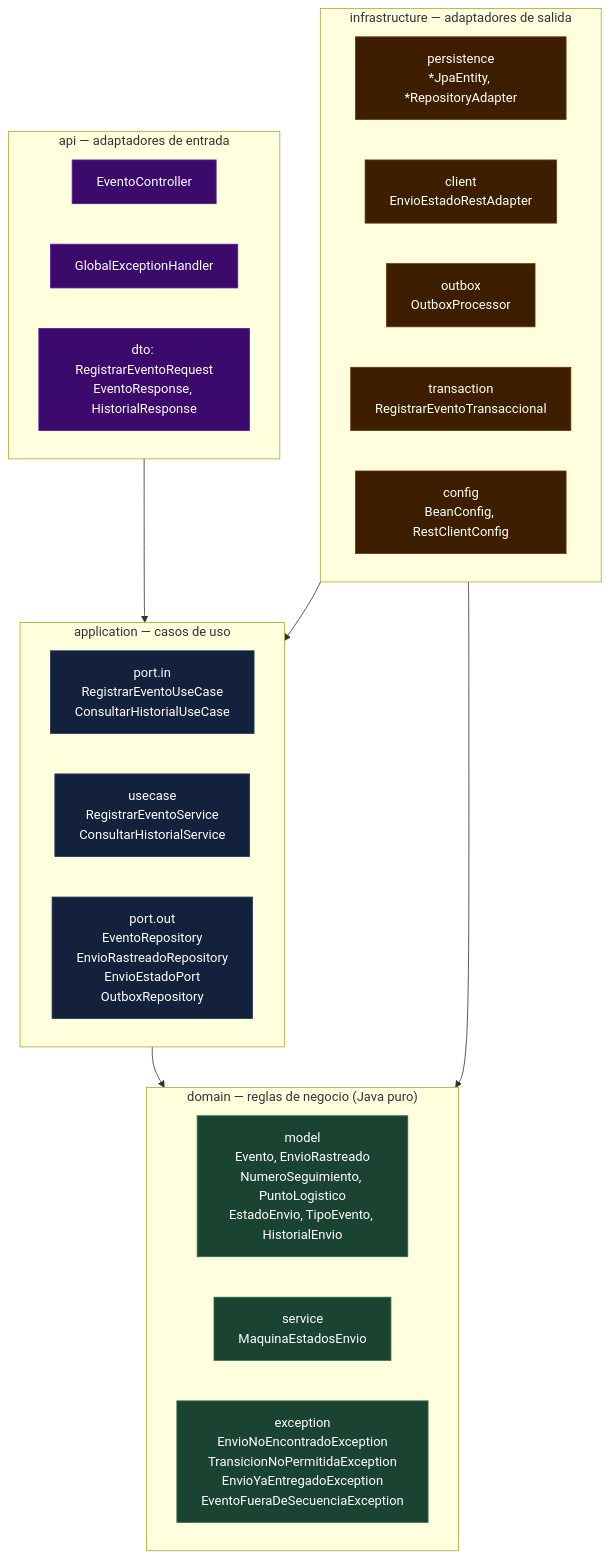
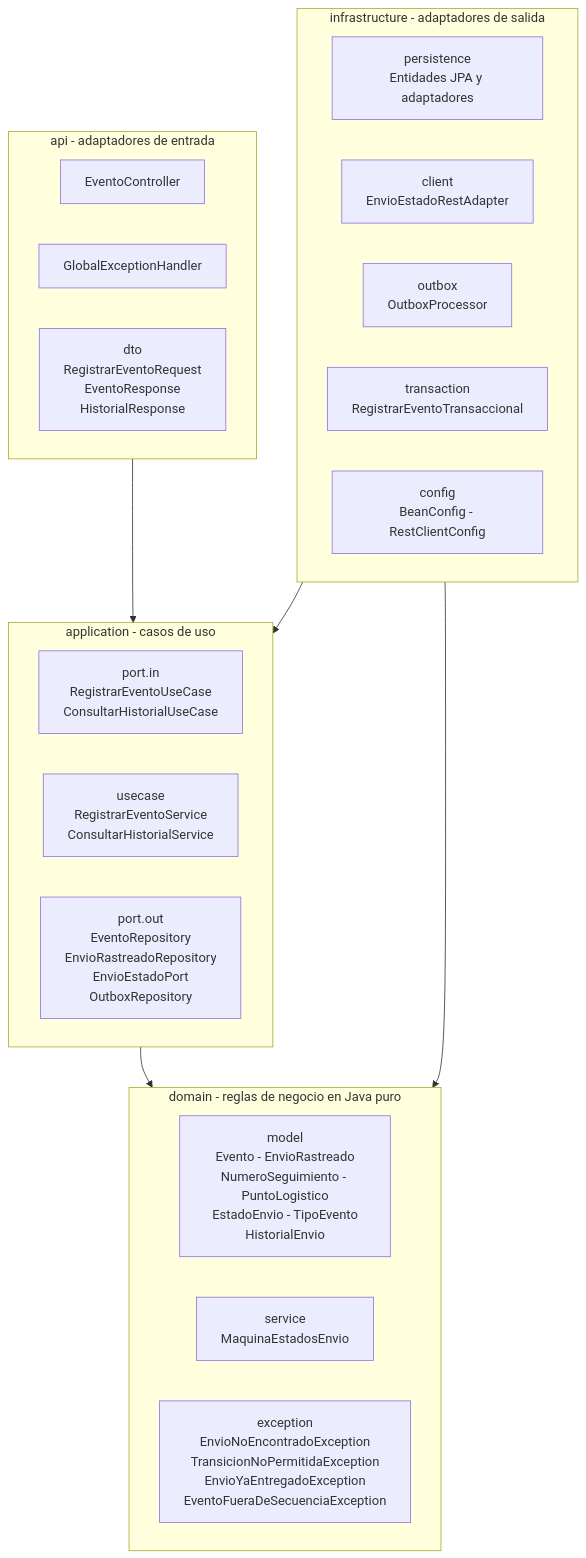
The first of 4 diagrams in docs/arquitectura/diagrama-paquetes-componentes.md (EynerCG/ms-eventos-HU-02), drawn with Mermaid before and after one commit. The commit also changed other lines of this file and 1 other file, not shown here.

First line of the commit message:
fix: corregir sintaxis Mermaid para que los diagramas rendericen en GitHub

````diff
--- a/docs/arquitectura/diagrama-paquetes-componentes.md
+++ b/docs/arquitectura/diagrama-paquetes-componentes.md
@@ -15,42 +15,33 @@
 ```mermaid
 graph TD
-    subgraph api["api — adaptadores de entrada"]
-        EC[EventoController]
-        GEH[GlobalExceptionHandler]
-        DTO[dto: RegistrarEventoRequest<br/>EventoResponse, HistorialResponse]
+    subgraph API["api - adaptadores de entrada"]
+        EC["EventoController"]
+        GEH["GlobalExceptionHandler"]
+        DTO["dto<br/>RegistrarEventoRequest<br/>EventoResponse<br/>HistorialResponse"]
     end
 
-    subgraph application["application — casos de uso"]
-        PIN[port.in<br/>RegistrarEventoUseCase<br/>ConsultarHistorialUseCase]
-        UC[usecase<br/>RegistrarEventoService<br/>ConsultarHistorialService]
-        POUT[port.out<br/>EventoRepository<br/>EnvioRastreadoRepository<br/>EnvioEstadoPort<br/>OutboxRepository]
+    subgraph APP["application - casos de uso"]
+        PIN["port.in<br/>RegistrarEventoUseCase<br/>ConsultarHistorialUseCase"]
+        UC["usecase<br/>RegistrarEventoService<br/>ConsultarHistorialService"]
+        POUT["port.out<br/>EventoRepository<br/>EnvioRastreadoRepository<br/>EnvioEstadoPort<br/>OutboxRepository"]
     end
 
-    subgraph domain["domain — reglas de negocio (Java puro)"]
-        MODEL[model<br/>Evento, EnvioRastreado<br/>NumeroSeguimiento, PuntoLogistico<br/>EstadoEnvio, TipoEvento, HistorialEnvio]
-        DSERV[service<br/>MaquinaEstadosEnvio]
-        DEXC[exception<br/>EnvioNoEncontradoException<br/>TransicionNoPermitidaException<br/>EnvioYaEntregadoException<br/>EventoFueraDeSecuenciaException]
+    subgraph DOM["domain - reglas de negocio en Java puro"]
+        MODEL["model<br/>Evento - EnvioRastreado<br/>NumeroSeguimiento - PuntoLogistico<br/>EstadoEnvio - TipoEvento<br/>HistorialEnvio"]
+        DSERV["service<br/>MaquinaEstadosEnvio"]
+        DEXC["exception<br/>EnvioNoEncontradoException<br/>TransicionNoPermitidaException<br/>EnvioYaEntregadoException<br/>EventoFueraDeSecuenciaException"]
     end
 
-    subgraph infrastructure["infrastructure — adaptadores de salida"]
-        PERS[persistence<br/>*JpaEntity, *RepositoryAdapter]
-        CLI[client<br/>EnvioEstadoRestAdapter]
-        OUTB[outbox<br/>OutboxProcessor]
-        TX[transaction<br/>RegistrarEventoTransaccional]
-        CFG[config<br/>BeanConfig, RestClientConfig]
+    subgraph INF["infrastructure - adaptadores de salida"]
+        PERS["persistence<br/>Entidades JPA y adaptadores"]
+        CLI["client<br/>EnvioEstadoRestAdapter"]
+        OUTB["outbox<br/>OutboxProcessor"]
+        TX["transaction<br/>RegistrarEventoTransaccional"]
+        CFG["config<br/>BeanConfig - RestClientConfig"]
     end
 
-    api --> application
-    application --> domain
-    infrastructure --> application
-    infrastructure --> domain
-
-    classDef dom fill:#1b4332,stroke:#2d6a4f,color:#fff
-    classDef app fill:#14213d,stroke:#1d3557,color:#fff
-    classDef inf fill:#3d1f00,stroke:#6b3410,color:#fff
-    classDef apiC fill:#3c096c,stroke:#5a189a,color:#fff
-    class MODEL,DSERV,DEXC dom
-    class PIN,UC,POUT app
-    class PERS,CLI,OUTB,TX,CFG inf
-    class EC,GEH,DTO apiC
+    API --> APP
+    APP --> DOM
+    INF --> APP
+    INF --> DOM
 ```
````
